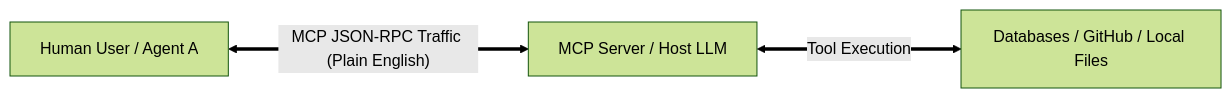
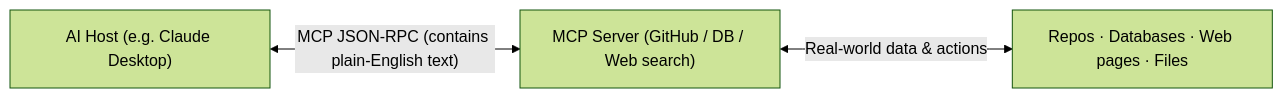
The second of 10 diagrams in MCP-Shield Complete Presentation Script & Project Blueprint.md (rishikeshvarma/MCP-Shield), drawn with Mermaid (forest theme) before and after one commit. The commit also changed other lines of this file and 10 other files, not shown here.

````diff
--- a/MCP-Shield Complete Presentation Script & Project Blueprint.md
+++ b/MCP-Shield Complete Presentation Script & Project Blueprint.md
@@ -101,5 +99,5 @@
 ```mermaid
 graph LR
-    User["Human User / Agent A"] <===>|"MCP JSON-RPC Traffic (Plain English)"| Proxy["MCP Server / Host LLM"]
-    Proxy <===>|"Tool Execution"| Tools["Databases / GitHub / Local Files"]
+    Host["AI Host (e.g. Claude Desktop)"] <-->|"MCP JSON-RPC (contains plain-English text)"| Server["MCP Server (GitHub / DB / Web search)"]
+    Server <-->|"Real-world data & actions"| World["Repos · Databases · Web pages · Files"]
 ```
````
